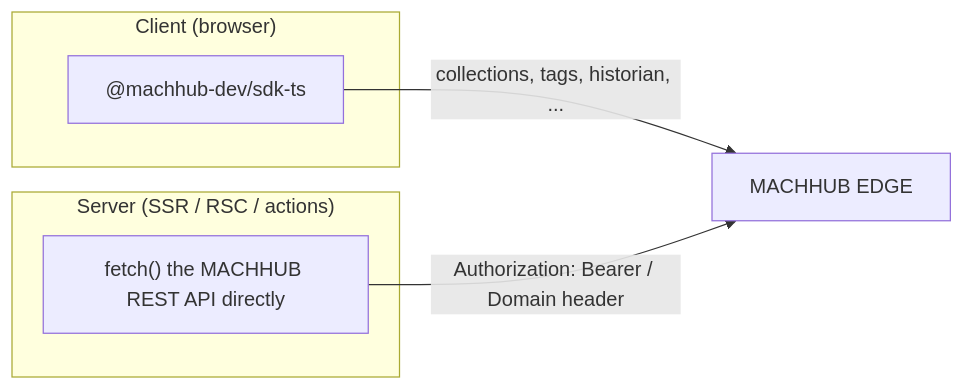
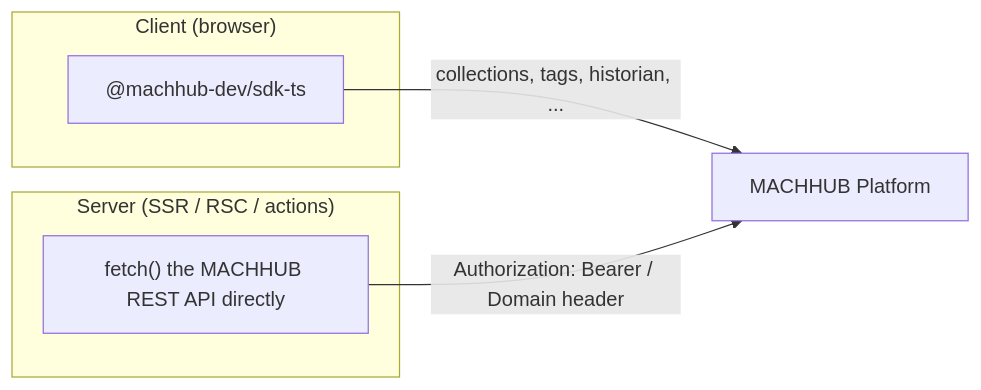
The first of 2 diagrams in src/content/docs/frameworks/overview.md (machhub-dev/docs), drawn with Mermaid before and after one commit. The commit also changed 24 other files, not shown here.

First line of the commit message:
docs: rename product from "MACHHUB EDGE" to "MACHHUB Platform"

````diff
--- a/src/content/docs/frameworks/overview.md
+++ b/src/content/docs/frameworks/overview.md
@@ -23,11 +23,11 @@
 ```mermaid
 flowchart LR
   subgraph Browser["Client (browser)"]
     SDK["@machhub-dev/sdk-ts"]
   end
   subgraph Server["Server (SSR / RSC / actions)"]
     REST["fetch() the MACHHUB REST API directly"]
   end
-  SDK -- "collections, tags, historian, ..." --> EDGE["MACHHUB EDGE"]
+  SDK -- "collections, tags, historian, ..." --> EDGE["MACHHUB Platform"]
   REST -- "Authorization: Bearer / Domain header" --> EDGE
 ```
````
